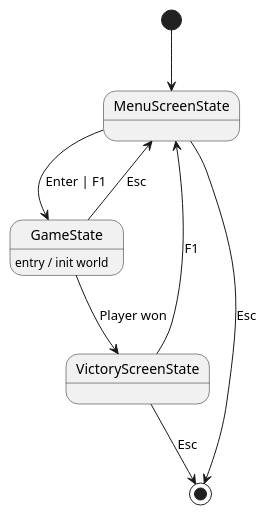
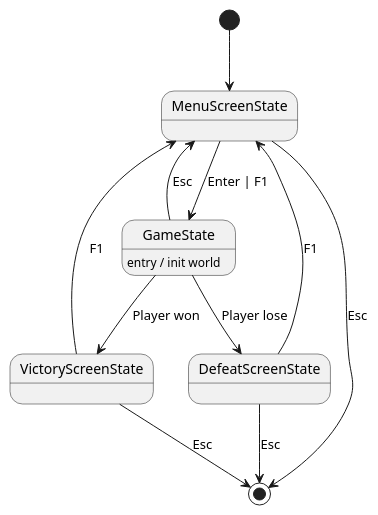
Before and after one commit to Lana243/roguelike: the diagram in docs/data/roguelike-state-diagram.puml, drawn with PlantUML. The commit also changed 36 other files, not shown here.

```diff
--- a/docs/data/roguelike-state-diagram.puml
+++ b/docs/data/roguelike-state-diagram.puml
@@ -1,16 +1,23 @@
 @startuml
 'https://plantuml.com/state-diagram
 
 [*] --> MenuScreenState
 MenuScreenState --> GameState : Enter | F1
 GameState --> MenuScreenState : Esc
 
 GameState : entry / init world
 
 GameState --> VictoryScreenState : Player won
 VictoryScreenState --> MenuScreenState : F1
 
 VictoryScreenState --> [*] : Esc
+
+GameState --> DefeatScreenState : Player lose
+DefeatScreenState --> MenuScreenState : F1
+
+DefeatScreenState --> [*] : Esc
+
+
 MenuScreenState --> [*] : Esc
 
 @enduml
```
